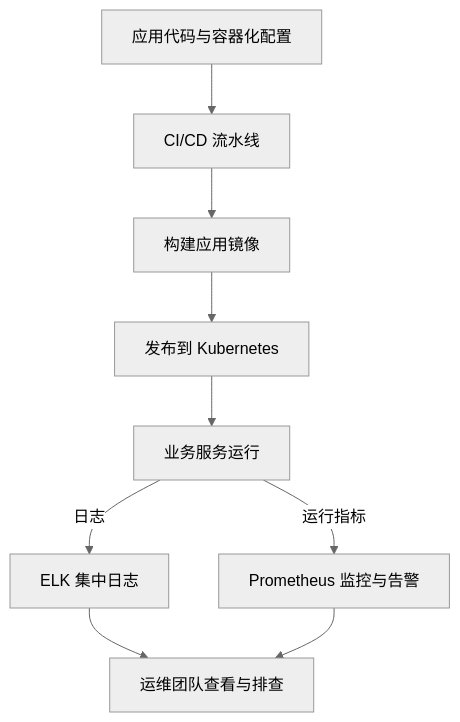
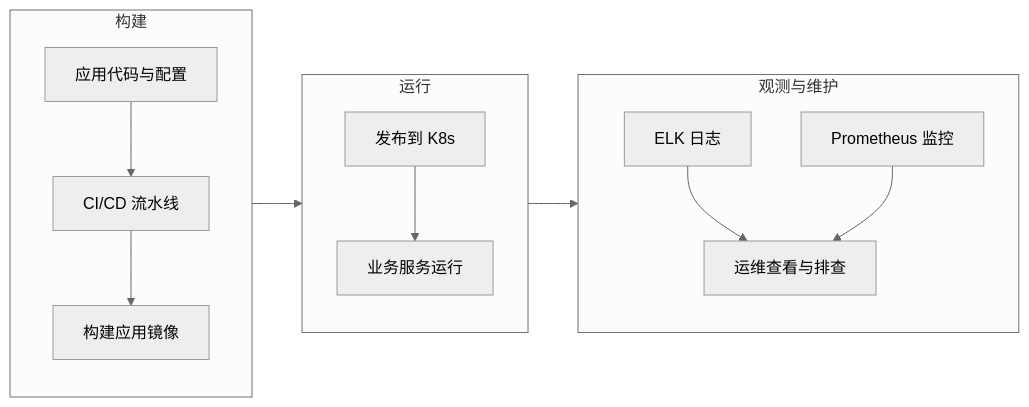
One commit to cytlabs/personal-site changed the second of 3 diagrams in content/cases/kubernetes-platform.md. Above: the diagram before and after it, drawn with Mermaid (neutral theme). The commit also changed other lines of this file and 17 other files, not shown here.

First line of the commit message:
统一图表排版、主题和大图查看 (#15)

````diff
--- a/content/cases/kubernetes-platform.md
+++ b/content/cases/kubernetes-platform.md
@@ -36,11 +43,17 @@
 ```mermaid
-flowchart TD
-    A["应用代码与容器化配置"] --> B["CI/CD 流水线"]
-    B --> C["构建应用镜像"]
-    C --> D["发布到 Kubernetes"]
-    D --> E["业务服务运行"]
-    E -->|日志| F["ELK 集中日志"]
-    E -->|运行指标| G["Prometheus 监控与告警"]
-    F --> H["运维团队查看与排查"]
-    G --> H
+flowchart LR
+    subgraph BUILD["构建"]
+        direction TB
+        A["应用代码与配置"] --> B["CI/CD 流水线"] --> C["构建应用镜像"]
+    end
+    subgraph RUN["运行"]
+        direction TB
+        D["发布到 K8s"] --> E["业务服务运行"]
+    end
+    subgraph OBS["观测与维护"]
+        direction TB
+        F["ELK 日志"] --> H["运维查看与排查"]
+        G["Prometheus 监控"] --> H
+    end
+    BUILD --> RUN --> OBS
 ```
````
